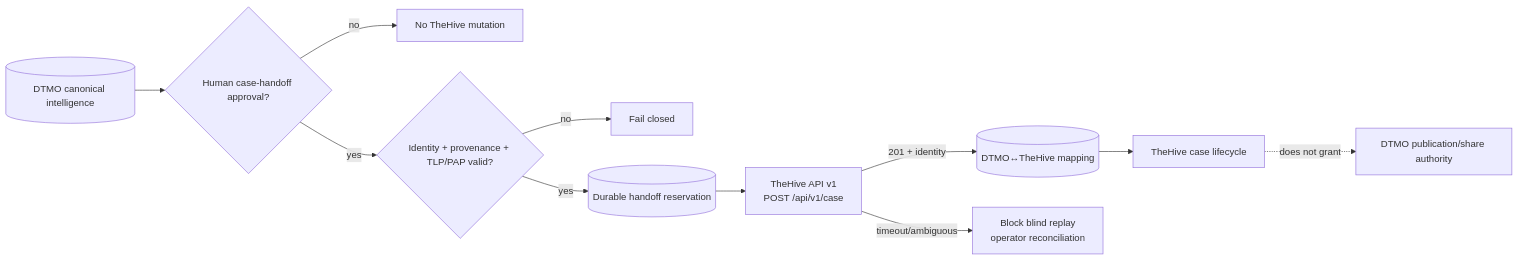
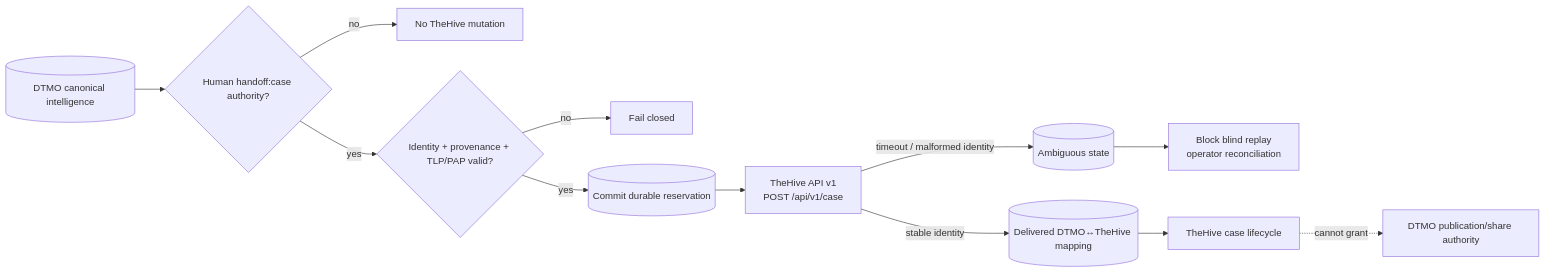
The diagram in docs/architecture/THEHIVE_DTMO_HANDOFF_CONTRACT.md (GJvManen/dtmo), drawn with Mermaid before and after one commit. The commit also changed other lines of this file, not shown here.

Commit message:
Reconcile TheHive contract with bounded implementation

````diff
--- a/docs/architecture/THEHIVE_DTMO_HANDOFF_CONTRACT.md
+++ b/docs/architecture/THEHIVE_DTMO_HANDOFF_CONTRACT.md
@@ -100,13 +101,14 @@
 ```mermaid
 flowchart LR
-    D[(DTMO canonical intelligence)] --> A{Human case-handoff approval?}
+    D[(DTMO canonical intelligence)] --> A{Human handoff:case authority?}
     A -->|no| N[No TheHive mutation]
     A -->|yes| V{Identity + provenance + TLP/PAP valid?}
     V -->|no| X[Fail closed]
-    V -->|yes| R[(Durable handoff reservation)]
+    V -->|yes| R[(Commit durable reservation)]
     R --> C[TheHive API v1\nPOST /api/v1/case]
-    C -->|201 + identity| M[(DTMO↔TheHive mapping)]
-    C -->|timeout/ambiguous| U[Block blind replay\noperator reconciliation]
+    C -->|stable identity| M[(Delivered DTMO↔TheHive mapping)]
+    C -->|timeout / malformed identity| U[(Ambiguous state)]
+    U --> B[Block blind replay\noperator reconciliation]
     M --> H[TheHive case lifecycle]
-    H -. does not grant .-> S[DTMO publication/share authority]
+    H -. cannot grant .-> S[DTMO publication/share authority]
 ```
````
